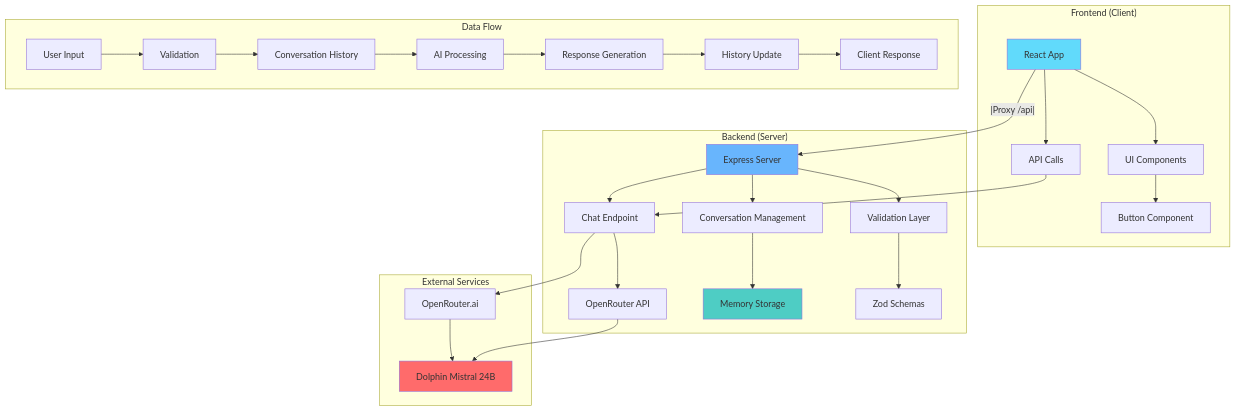
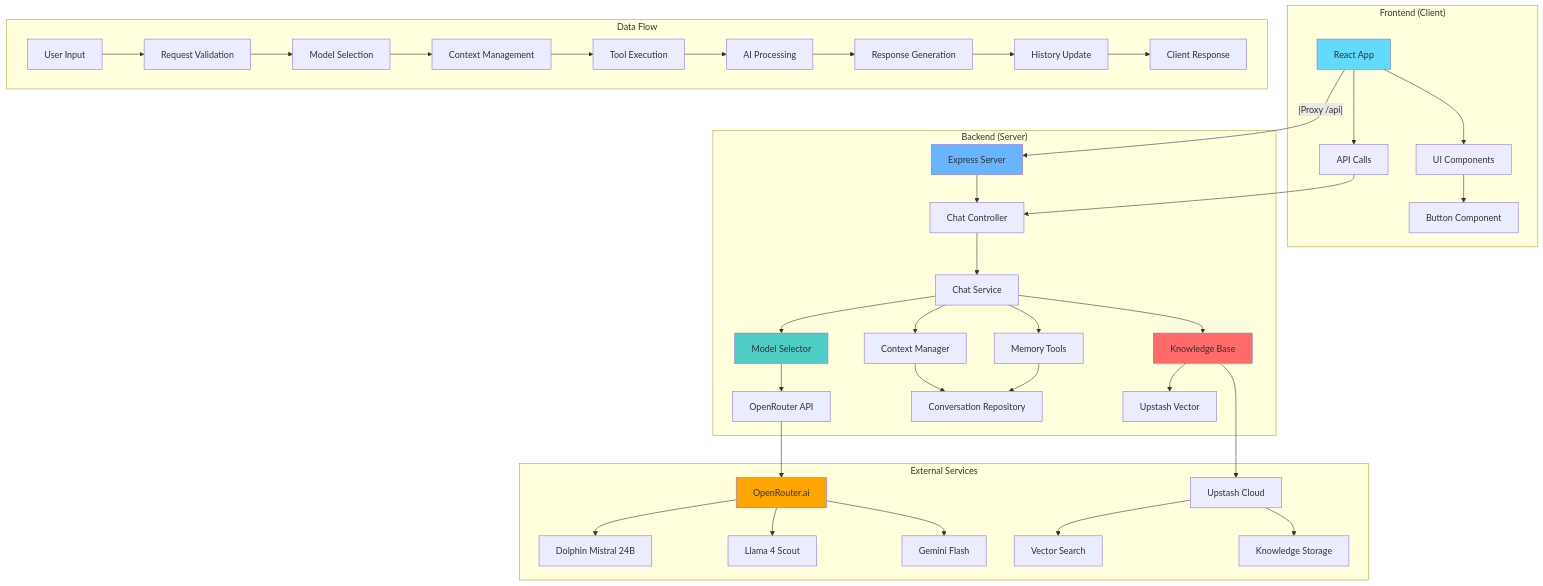
One commit to Lostovayne/NoFilterAI-Uncensored changed the first of 2 diagrams in README.md. Above: the diagram before and after it, drawn with Mermaid. The commit also changed other lines of this file and 14 other files, not shown here.

First line of the commit message:
feat: Add hybrid API usage examples and enhance chat service with memory and knowledge tools

````diff
--- a/README.md
+++ b/README.md
@@ -17,40 +18,51 @@
 ```mermaid
 graph TB
     subgraph "Frontend (Client)"
         A[React App] --> B[UI Components]
         B --> C[Button Component]
         A --> D[API Calls]
     end
 
     subgraph "Backend (Server)"
-        E[Express Server] --> F[Chat Endpoint]
-        F --> G[OpenRouter API]
-        E --> H[Conversation Management]
-        H --> I[Memory Storage]
-        E --> J[Validation Layer]
-        J --> K[Zod Schemas]
+        E[Express Server] --> F[Chat Controller]
+        F --> G[Chat Service]
+        G --> H[Model Selector]
+        H --> I[OpenRouter API]
+        G --> J[Context Manager]
+        J --> K[Conversation Repository]
+        G --> L[Memory Tools]
+        G --> M[Knowledge Base]
+        M --> N[Upstash Vector]
     end
 
     subgraph "External Services"
-        L[OpenRouter.ai] --> M[Dolphin Mistral 24B]
+        O[OpenRouter.ai] --> P[Dolphin Mistral 24B]
+        O --> Q[Llama 4 Scout]
+        O --> R[Gemini Flash]
+        S[Upstash Cloud] --> T[Vector Search]
+        S --> U[Knowledge Storage]
     end
 
     subgraph "Data Flow"
-        N[User Input] --> O[Validation]
-        O --> P[Conversation History]
-        P --> Q[AI Processing]
-        Q --> R[Response Generation]
-        R --> S[History Update]
-        S --> T[Client Response]
+        V[User Input] --> W[Request Validation]
+        W --> X[Model Selection]
+        X --> Y[Context Management]
+        Y --> Z[Tool Execution]
+        Z --> AA[AI Processing]
+        AA --> BB[Response Generation]
+        BB --> CC[History Update]
+        CC --> DD[Client Response]
     end
 
     A --|Proxy /api|--> E
     D --> F
-    F --> L
-    G --> M
+    I --> O
+    L --> K
+    M --> S
 
     style A fill:#61DAFB
     style E fill:#68B5FD
+    style H fill:#4ECDC4
     style M fill:#FF6B6B
-    style I fill:#4ECDC4
+    style O fill:#FFA500
 ```
````
